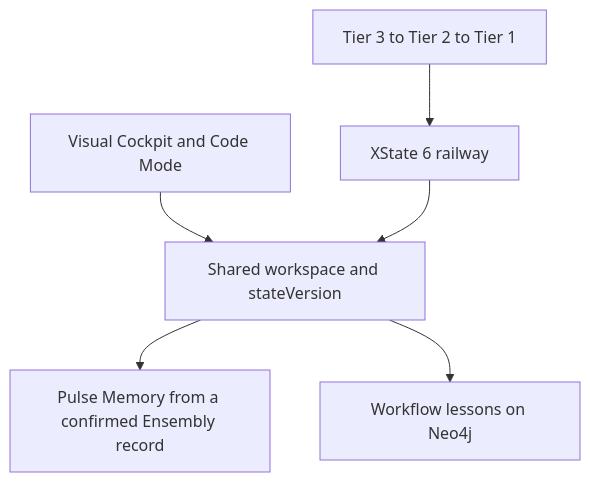
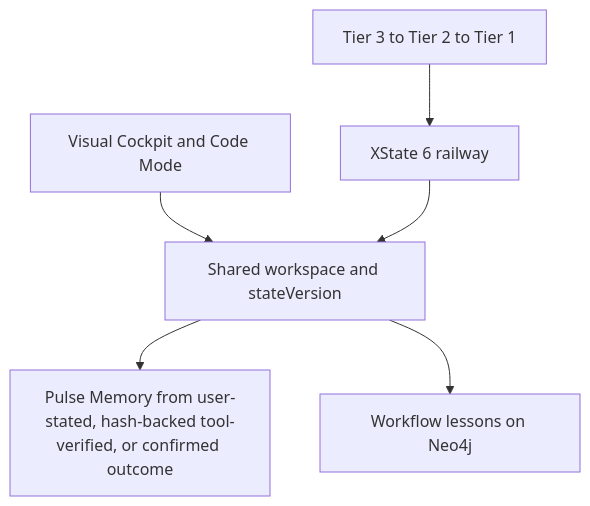
The third of 3 diagrams in docs/ARCHITECTURE-LAYERS.md (p10ns11y/visualizer), drawn with Mermaid before and after one commit. The commit also changed other lines of this file and 32 other files, not shown here.

First line of the commit message:
Align Ensembly memory with Canon 1 pulse packs (#5)

````diff
--- a/docs/ARCHITECTURE-LAYERS.md
+++ b/docs/ARCHITECTURE-LAYERS.md
@@ -135,14 +137,14 @@
 ```mermaid
 flowchart TB
   cockpit[Visual Cockpit and Code Mode]
   railway[XState 6 railway]
   store[Shared workspace and stateVersion]
-  pulse[Pulse Memory from a confirmed Ensembly record]
+  pulse[Pulse Memory from user-stated, hash-backed tool-verified, or confirmed outcome]
   lessons[Workflow lessons on Neo4j]
   tiers[Tier 3 to Tier 2 to Tier 1]
   cockpit --> store
   railway --> store
   store --> pulse
   store --> lessons
   tiers --> railway
 ```
````
